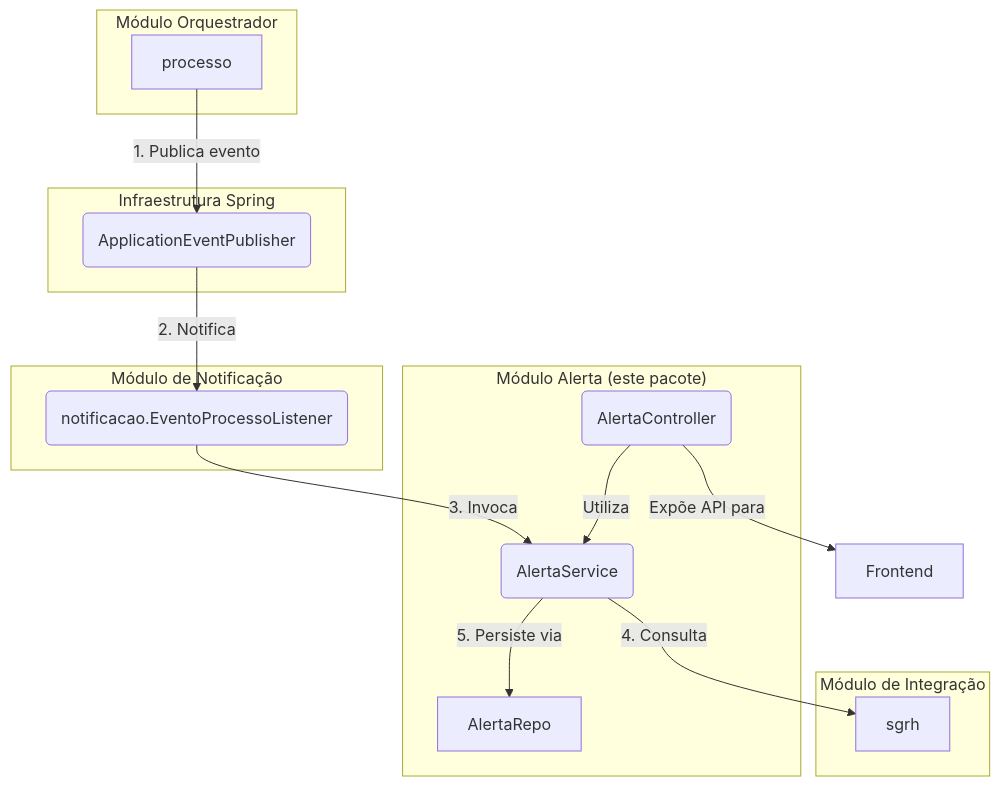
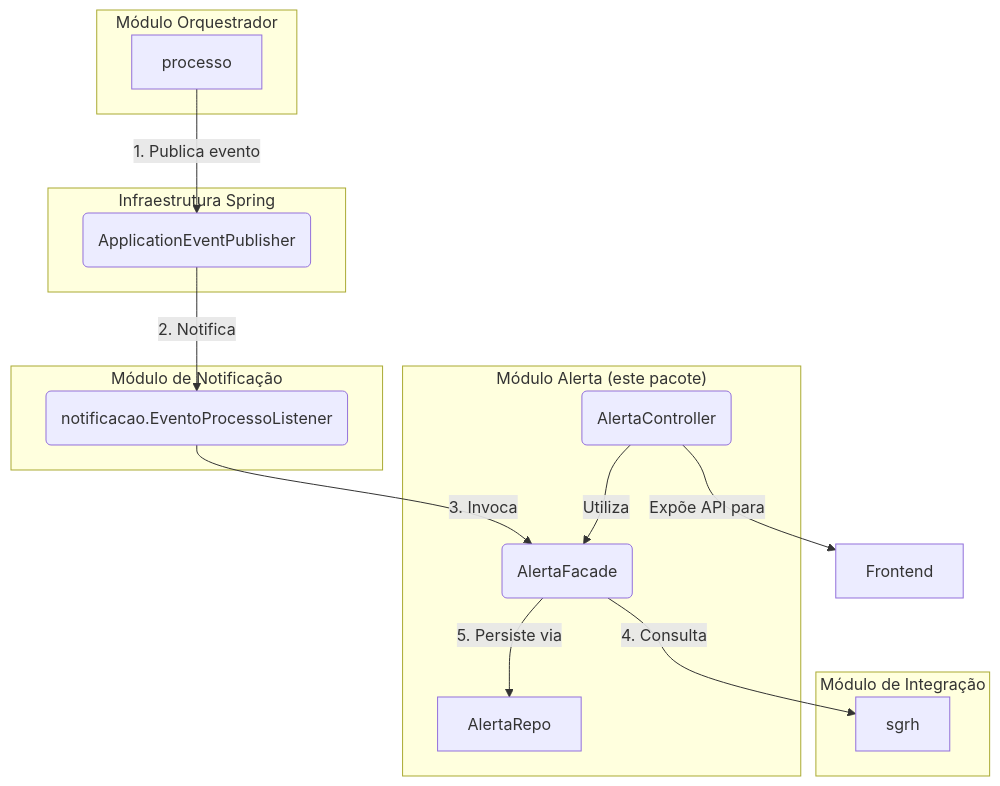
One commit to lgalvao/sgc changed the diagram in backend/src/main/java/sgc/alerta/README.md. Above: the diagram before and after it, drawn with Mermaid. The commit also changed other lines of this file and 21 other files, not shown here.

First line of the commit message:
Rename AlertaService to AlertaFacade for architectural compliance

````diff
--- a/backend/src/main/java/sgc/alerta/README.md
+++ b/backend/src/main/java/sgc/alerta/README.md
@@ -19,33 +19,33 @@
 ```mermaid
 graph TD
     subgraph "Módulo Orquestrador"
         P[processo]
     end
 
     subgraph "Infraestrutura Spring"
         EventBus(ApplicationEventPublisher)
     end
 
     subgraph "Módulo de Notificação"
         Listener(notificacao.EventoProcessoListener)
     end
 
     subgraph "Módulo Alerta (este pacote)"
-        Service(AlertaService)
+        Service(AlertaFacade)
         Controle(AlertaController)
         Repo[AlertaRepo]
     end
 
     subgraph "Módulo de Integração"
         SGRH[sgrh]
     end
 
     P -- 1. Publica evento --> EventBus
     EventBus -- 2. Notifica --> Listener
     Listener -- 3. Invoca --> Service
     Service -- 4. Consulta --> SGRH
     Service -- 5. Persiste via --> Repo
 
     Controle -- Expõe API para --> Frontend
     Controle -- Utiliza --> Service
 ```
````
